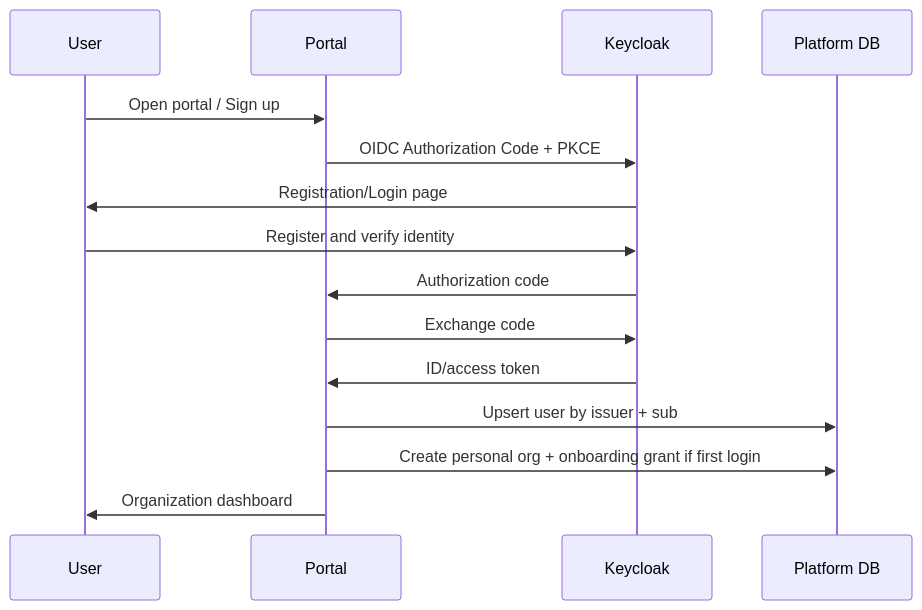
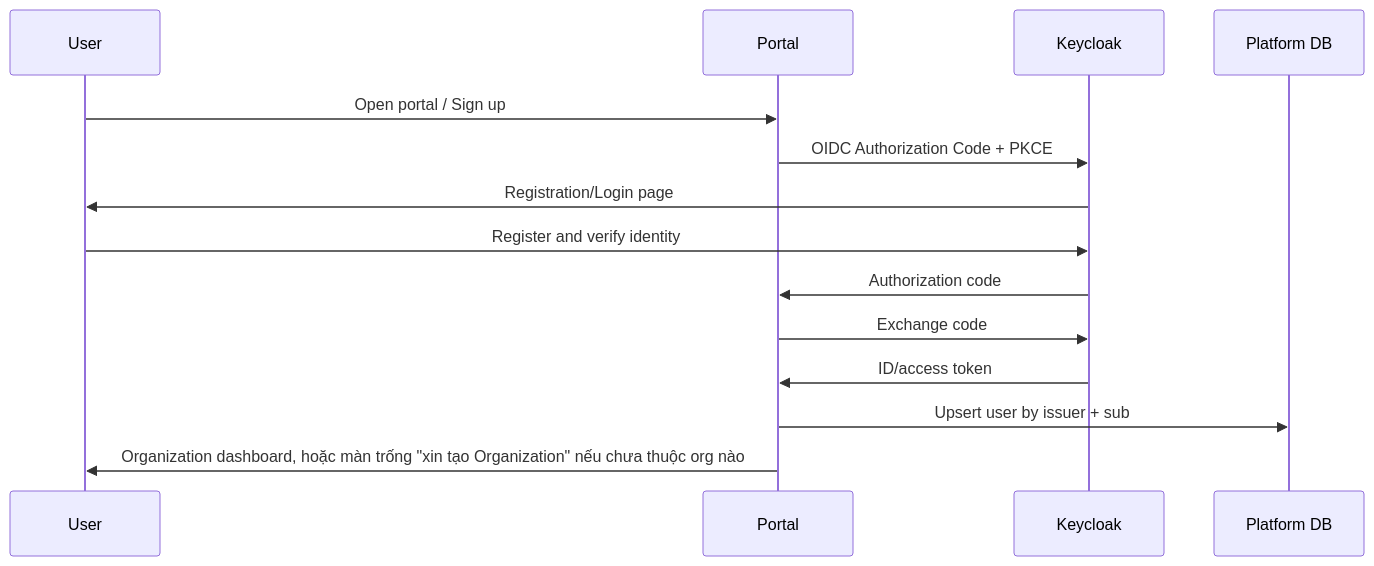
The second of 4 diagrams in docs/PRODUCT-PLAN.md (thaihoc1310/tenantry), drawn with Mermaid before and after one commit. The commit also changed other lines of this file and 1 other file, not shown here.

Commit message:
docs(spec): v0.7 — organizations are requested and admin-approved, no personal org

````diff
--- a/docs/PRODUCT-PLAN.md
+++ b/docs/PRODUCT-PLAN.md
@@ -719,17 +730,16 @@
 ```mermaid
 sequenceDiagram
   participant U as User
   participant P as Portal
   participant K as Keycloak
   participant D as Platform DB
   U->>P: Open portal / Sign up
   P->>K: OIDC Authorization Code + PKCE
   K->>U: Registration/Login page
   U->>K: Register and verify identity
   K->>P: Authorization code
   P->>K: Exchange code
   K->>P: ID/access token
   P->>D: Upsert user by issuer + sub
-  P->>D: Create personal org + onboarding grant if first login
-  P->>U: Organization dashboard
+  P->>U: Organization dashboard, hoặc màn trống "xin tạo Organization" nếu chưa thuộc org nào
 ```
````
